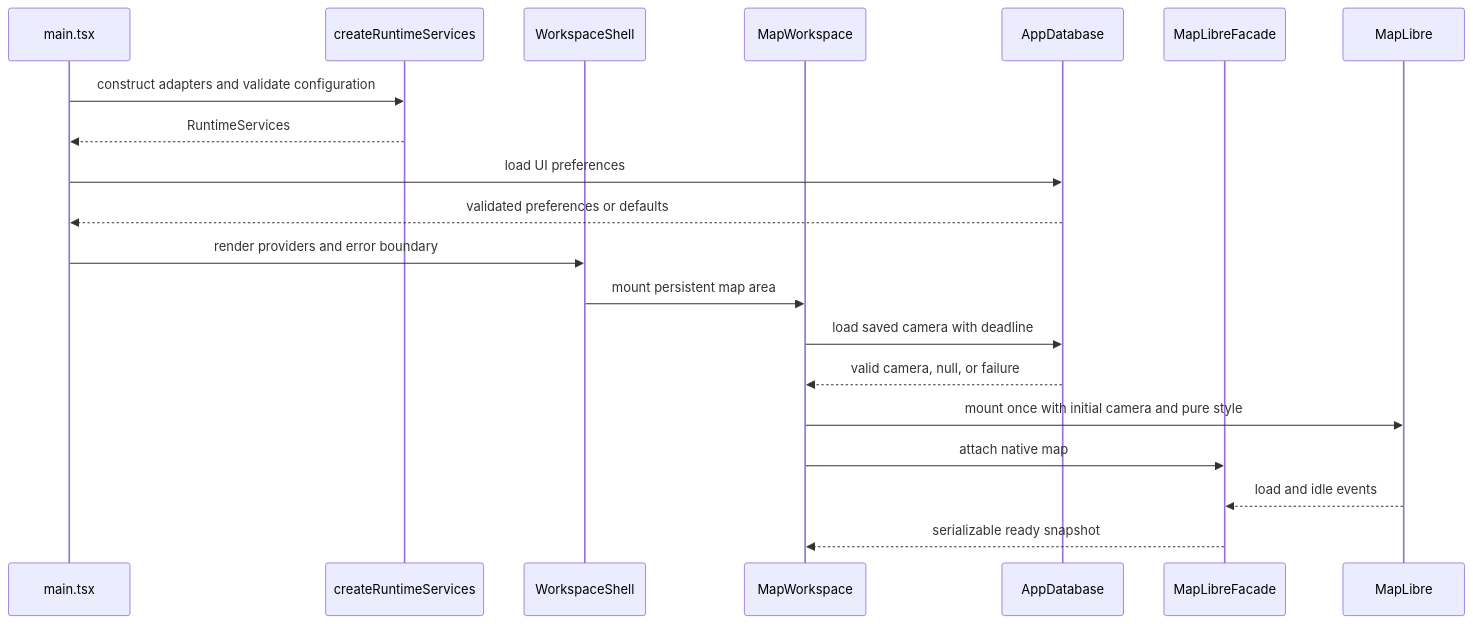
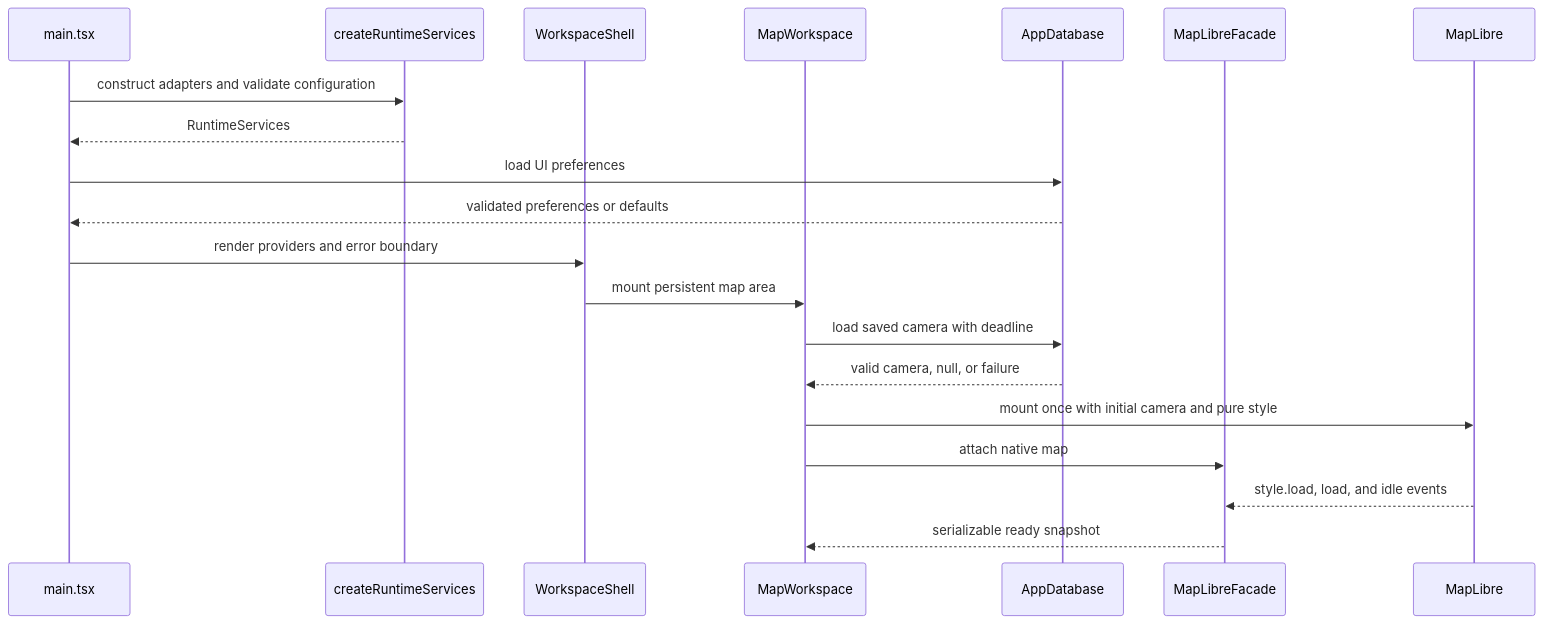
Before and after one commit to bogdandm/georgia-routing-planner: the first of 5 diagrams in docs/runtime-flows.md, drawn with Mermaid. The commit also changed other lines of this file and 3 other files, not shown here.

````diff
--- a/docs/runtime-flows.md
+++ b/docs/runtime-flows.md
@@ -5,23 +5,23 @@
 ```mermaid
 sequenceDiagram
   participant Entry as main.tsx
   participant Root as createRuntimeServices
   participant UI as WorkspaceShell
   participant Workspace as MapWorkspace
   participant Storage as AppDatabase
   participant Facade as MapLibreFacade
   participant Map as MapLibre
 
   Entry->>Root: construct adapters and validate configuration
   Root-->>Entry: RuntimeServices
   Entry->>Storage: load UI preferences
   Storage-->>Entry: validated preferences or defaults
   Entry->>UI: render providers and error boundary
   UI->>Workspace: mount persistent map area
   Workspace->>Storage: load saved camera with deadline
   Storage-->>Workspace: valid camera, null, or failure
   Workspace->>Map: mount once with initial camera and pure style
   Workspace->>Facade: attach native map
-  Map-->>Facade: load and idle events
+  Map-->>Facade: style.load, load, and idle events
   Facade-->>Workspace: serializable ready snapshot
 ```
````
